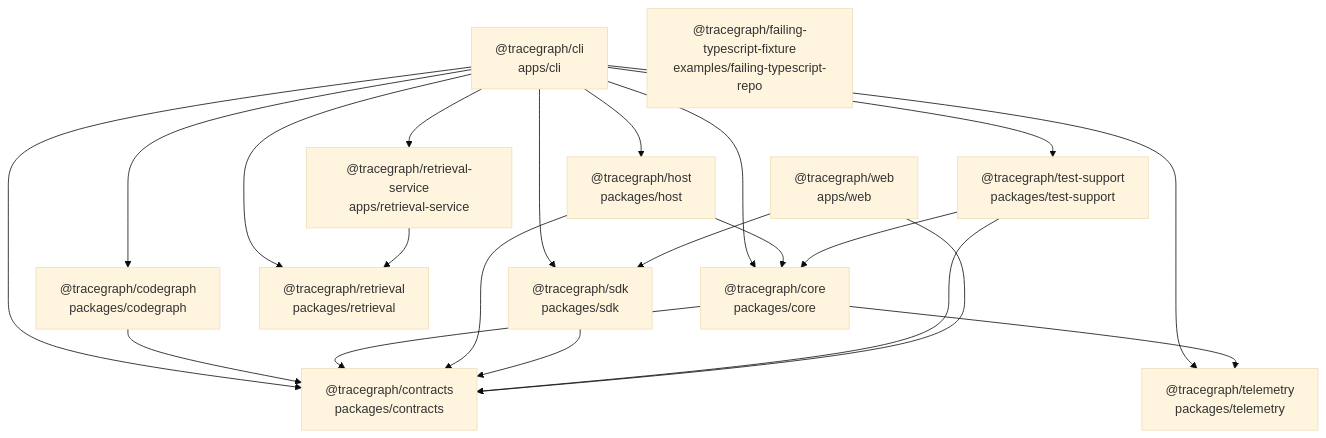
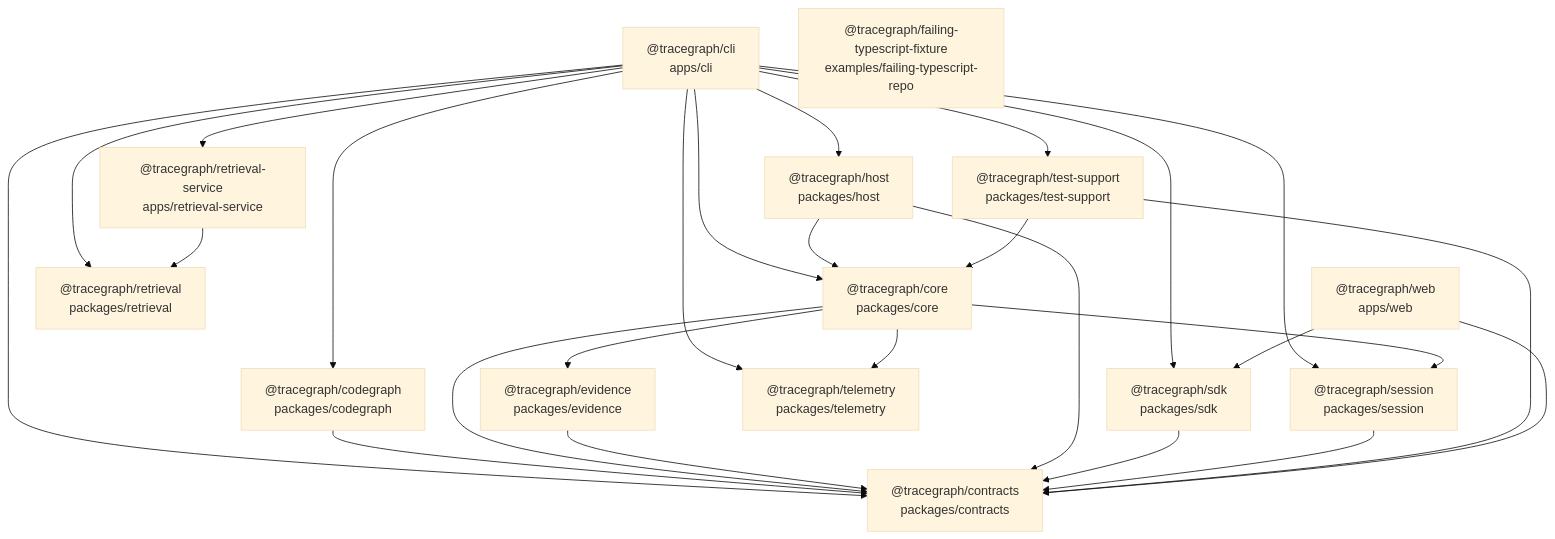
The first of 2 diagrams in docs/generated/module-graph.md (Cainheart/tracegraph-agent), drawn with Mermaid (base theme) before and after one commit. The commit also changed other lines of this file and 60 other files, not shown here.

````diff
--- a/docs/generated/module-graph.md
+++ b/docs/generated/module-graph.md
@@ -9,35 +9,42 @@
 ```mermaid
 graph TD
   p__tracegraph_cli["@tracegraph/cli<br/>apps/cli"]
   p__tracegraph_codegraph["@tracegraph/codegraph<br/>packages/codegraph"]
   p__tracegraph_contracts["@tracegraph/contracts<br/>packages/contracts"]
   p__tracegraph_core["@tracegraph/core<br/>packages/core"]
+  p__tracegraph_evidence["@tracegraph/evidence<br/>packages/evidence"]
   p__tracegraph_failing_typescript_fixture["@tracegraph/failing-typescript-fixture<br/>examples/failing-typescript-repo"]
   p__tracegraph_host["@tracegraph/host<br/>packages/host"]
   p__tracegraph_retrieval["@tracegraph/retrieval<br/>packages/retrieval"]
   p__tracegraph_retrieval_service["@tracegraph/retrieval-service<br/>apps/retrieval-service"]
   p__tracegraph_sdk["@tracegraph/sdk<br/>packages/sdk"]
+  p__tracegraph_session["@tracegraph/session<br/>packages/session"]
   p__tracegraph_telemetry["@tracegraph/telemetry<br/>packages/telemetry"]
   p__tracegraph_test_support["@tracegraph/test-support<br/>packages/test-support"]
   p__tracegraph_web["@tracegraph/web<br/>apps/web"]
   p__tracegraph_cli --> p__tracegraph_codegraph
   p__tracegraph_cli --> p__tracegraph_contracts
   p__tracegraph_cli --> p__tracegraph_core
   p__tracegraph_cli --> p__tracegraph_host
   p__tracegraph_cli --> p__tracegraph_retrieval
   p__tracegraph_cli --> p__tracegraph_retrieval_service
   p__tracegraph_cli --> p__tracegraph_sdk
+  p__tracegraph_cli --> p__tracegraph_session
   p__tracegraph_cli --> p__tracegraph_telemetry
   p__tracegraph_cli --> p__tracegraph_test_support
   p__tracegraph_codegraph --> p__tracegraph_contracts
   p__tracegraph_core --> p__tracegraph_contracts
+  p__tracegraph_core --> p__tracegraph_evidence
+  p__tracegraph_core --> p__tracegraph_session
   p__tracegraph_core --> p__tracegraph_telemetry
+  p__tracegraph_evidence --> p__tracegraph_contracts
   p__tracegraph_host --> p__tracegraph_contracts
   p__tracegraph_host --> p__tracegraph_core
   p__tracegraph_retrieval_service --> p__tracegraph_retrieval
   p__tracegraph_sdk --> p__tracegraph_contracts
+  p__tracegraph_session --> p__tracegraph_contracts
   p__tracegraph_test_support --> p__tracegraph_contracts
   p__tracegraph_test_support --> p__tracegraph_core
   p__tracegraph_web --> p__tracegraph_contracts
   p__tracegraph_web --> p__tracegraph_sdk
 ```
````
